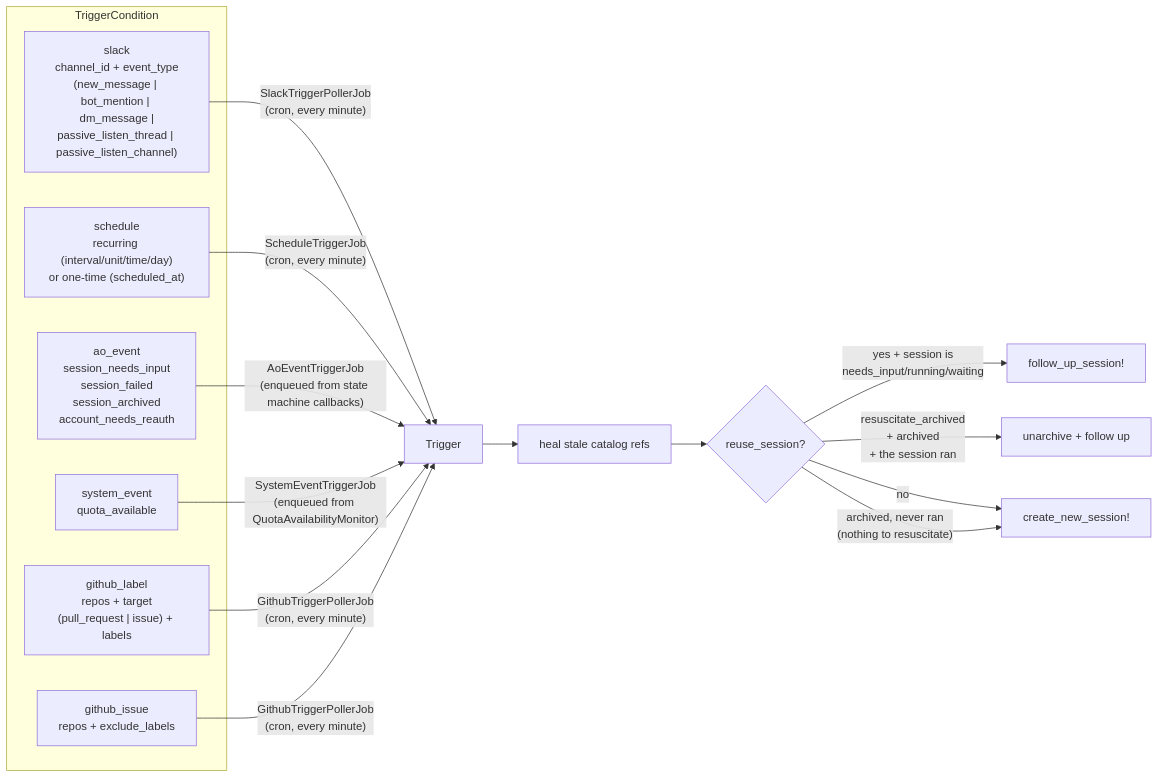
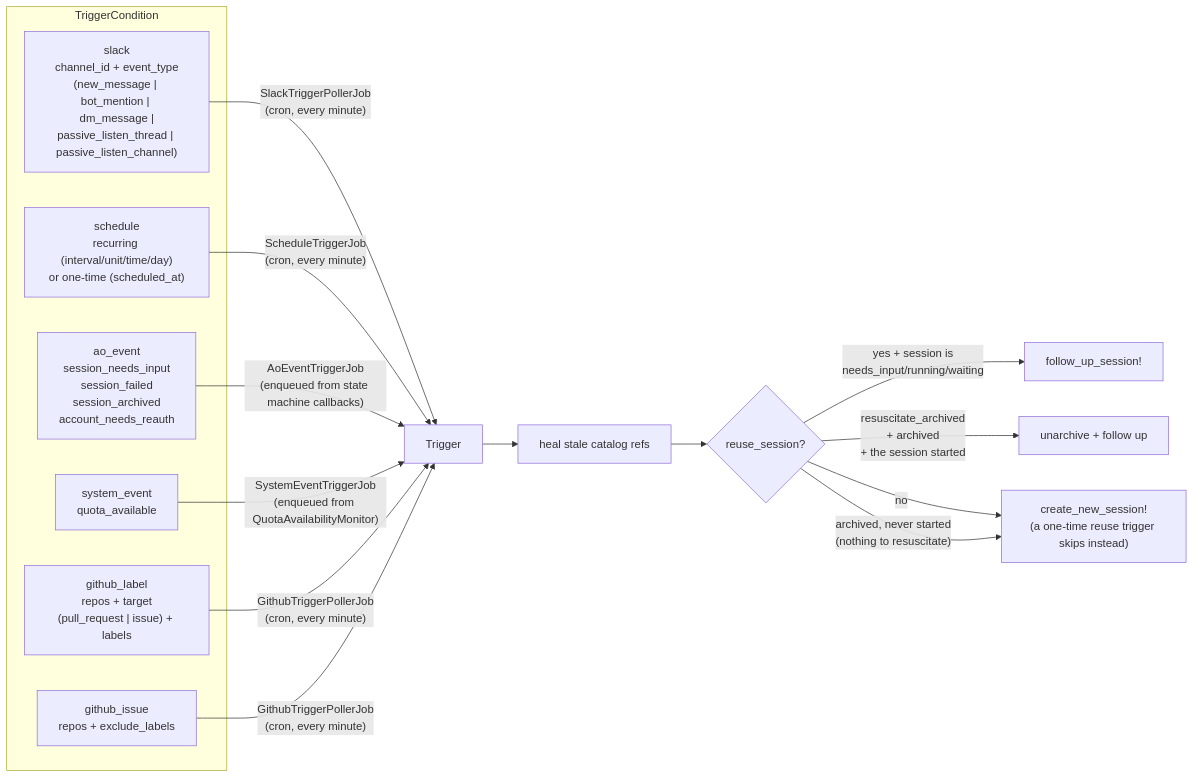
The first of 2 diagrams in docs/src/content/docs/sessions/triggers.md (tadasant/zimmer), drawn with Mermaid before and after one commit. The commit also changed other lines of this file and 2 other files, not shown here.

First line of the commit message:
fix(triggers): keep raising for an archived session that has a transcript

````diff
--- a/docs/src/content/docs/sessions/triggers.md
+++ b/docs/src/content/docs/sessions/triggers.md
@@ -15,25 +15,25 @@
 ```mermaid
 flowchart LR
     subgraph conditions["TriggerCondition"]
         SL["slack<br/>channel_id + event_type<br/>(new_message | bot_mention | dm_message |<br/>passive_listen_thread | passive_listen_channel)"]
         SC["schedule<br/>recurring (interval/unit/time/day)<br/>or one-time (scheduled_at)"]
         AO["ao_event<br/>session_needs_input<br/>session_failed<br/>session_archived<br/>account_needs_reauth"]
         SE["system_event<br/>quota_available"]
         GL["github_label<br/>repos + target<br/>(pull_request | issue) + labels"]
         GI["github_issue<br/>repos + exclude_labels"]
     end
 
     SL -->|"SlackTriggerPollerJob<br/>(cron, every minute)"| T["Trigger"]
     SC -->|"ScheduleTriggerJob<br/>(cron, every minute)"| T
     AO -->|"AoEventTriggerJob<br/>(enqueued from state machine callbacks)"| T
     SE -->|"SystemEventTriggerJob<br/>(enqueued from QuotaAvailabilityMonitor)"| T
     GL -->|"GithubTriggerPollerJob<br/>(cron, every minute)"| T
     GI -->|"GithubTriggerPollerJob<br/>(cron, every minute)"| T
 
     T --> H["heal stale catalog refs"]
     H --> D{"reuse_session?"}
     D -->|"yes + session is<br/>needs_input/running/waiting"| FU["follow_up_session!"]
-    D -->|"resuscitate_archived<br/>+ archived<br/>+ the session ran"| RS["unarchive + follow up"]
-    D -->|no| NEW["create_new_session!"]
-    D -->|"archived, never ran<br/>(nothing to resuscitate)"| NEW
+    D -->|"resuscitate_archived<br/>+ archived<br/>+ the session started"| RS["unarchive + follow up"]
+    D -->|no| NEW["create_new_session!<br/>(a one-time reuse trigger skips instead)"]
+    D -->|"archived, never started<br/>(nothing to resuscitate)"| NEW
 ```
````
